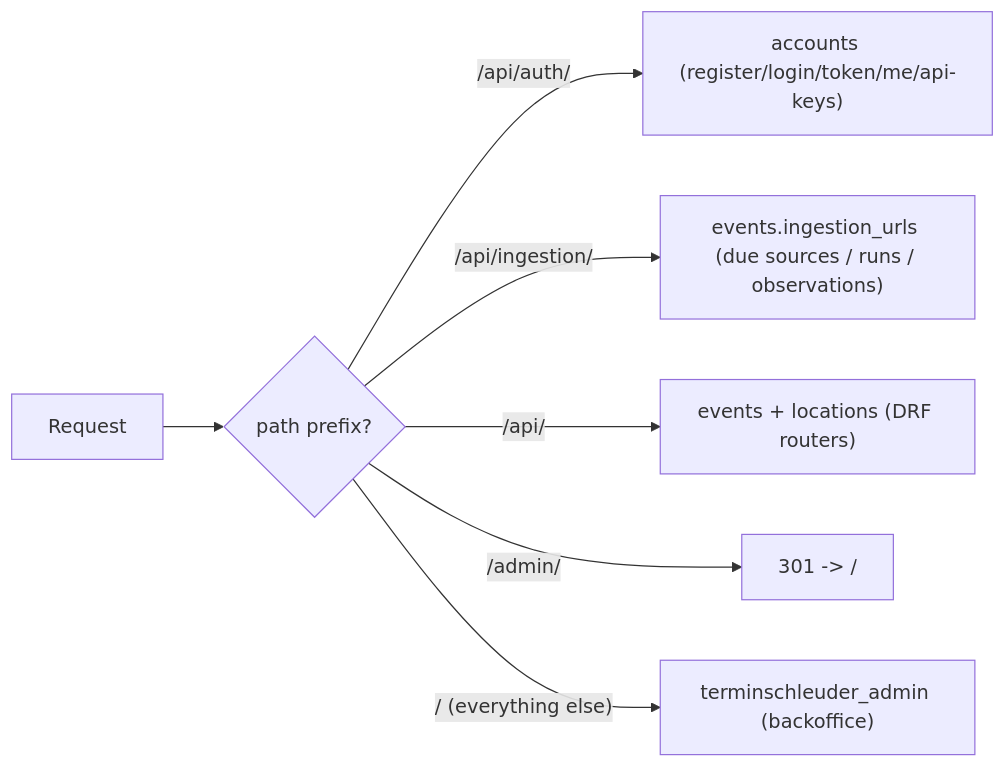
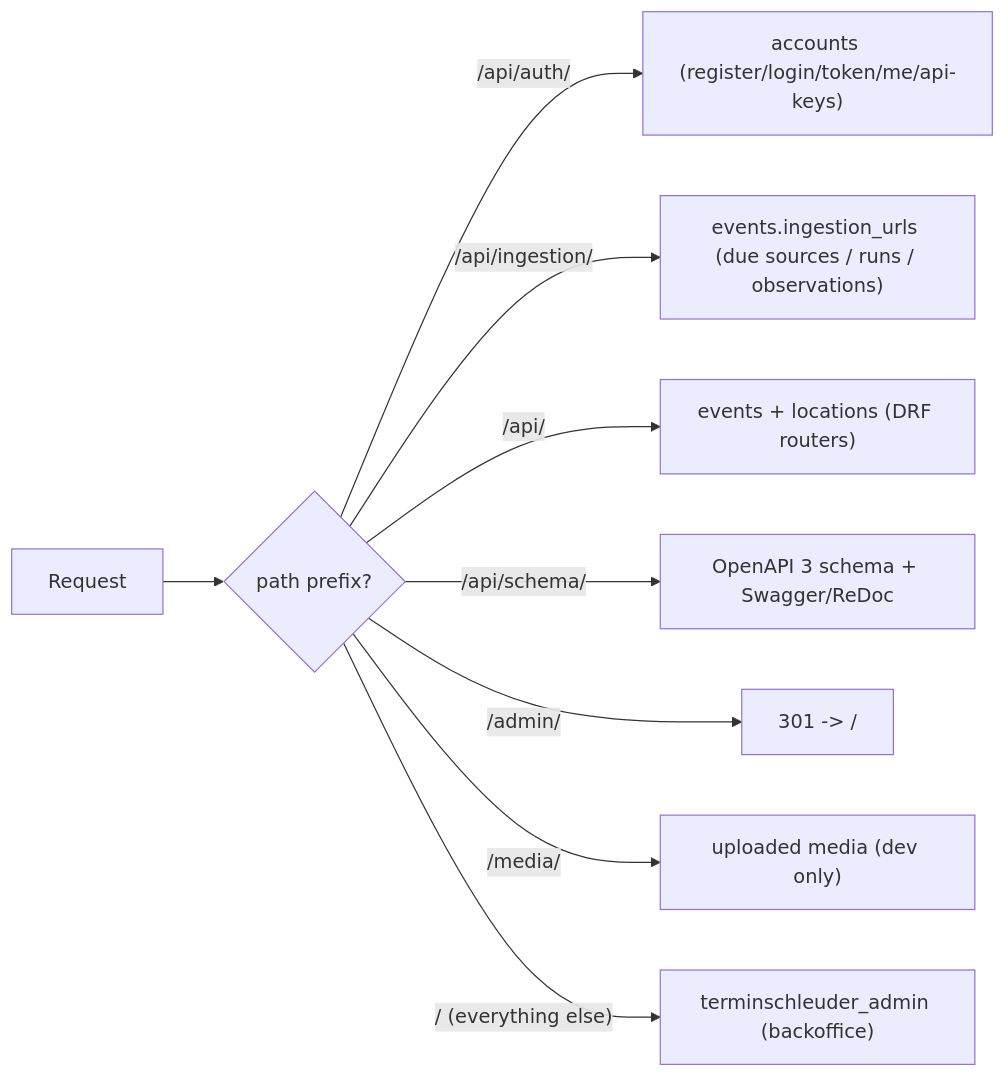
One commit to Terminschleuder/backend changed the second of 4 diagrams in docs/architecture.md. Above: the diagram before and after it, drawn with Mermaid. The commit also changed other lines of this file and 25 other files, not shown here.

````diff
--- a/docs/architecture.md
+++ b/docs/architecture.md
@@ -55,9 +61,11 @@
 ```mermaid
 flowchart LR
     R["Request"] --> P{"path prefix?"}
     P -->|"/api/auth/"| Auth["accounts (register/login/token/me/api-keys)"]
     P -->|"/api/ingestion/"| Ing["events.ingestion_urls (due sources / runs / observations)"]
     P -->|"/api/"| API["events + locations (DRF routers)"]
+    P -->|"/api/schema/"| Schema["OpenAPI 3 schema + Swagger/ReDoc"]
     P -->|"/admin/"| Redir["301 -> /"]
+    P -->|"/media/"| Media["uploaded media (dev only)"]
     P -->|"/  (everything else)"| Back["terminschleuder_admin (backoffice)"]
 ```
````
